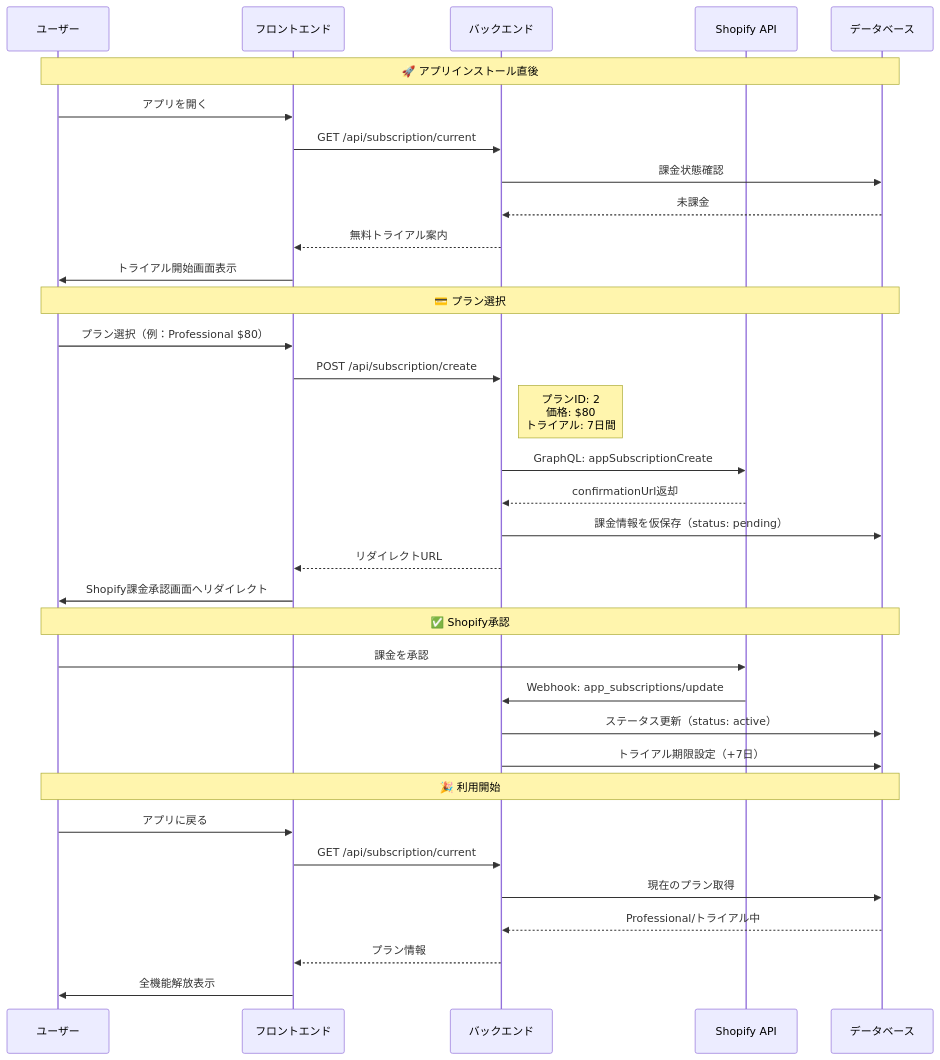
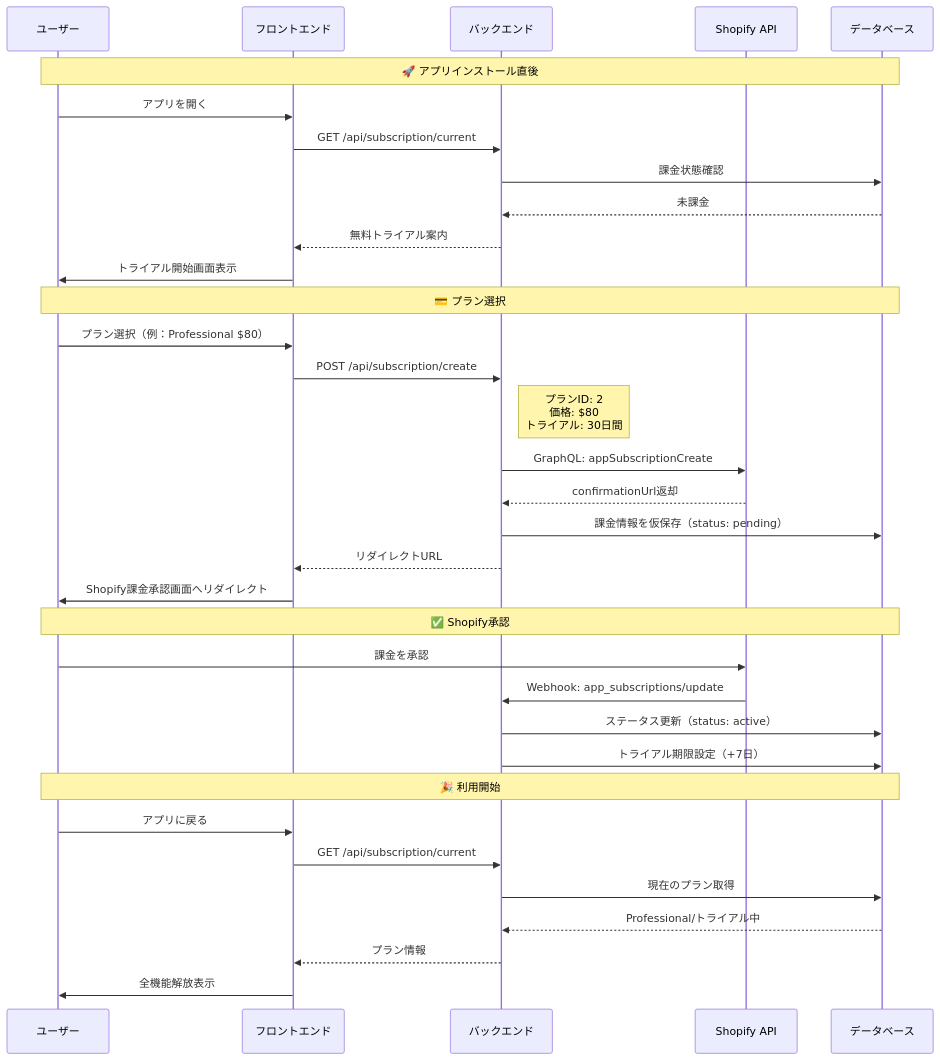
One commit to sideworks-fuk/shopify-ai-marketing-suite changed the second of 10 diagrams in docs/06-shopify/02-課金システム/02-技術仕様/フロー図解.md. Above: the diagram before and after it, drawn with Mermaid. The commit also changed 85 other files, not shown here.

````diff
--- a/docs/06-shopify/02-課金システム/02-技術仕様/フロー図解.md
+++ b/docs/06-shopify/02-課金システム/02-技術仕様/フロー図解.md
@@ -48,45 +48,45 @@
 ```mermaid
 sequenceDiagram
     participant U as ユーザー
     participant F as フロントエンド
     participant B as バックエンド
     participant S as Shopify API
     participant D as データベース
     
     Note over U,D: 🚀 アプリインストール直後
     
     U->>F: アプリを開く
     F->>B: GET /api/subscription/current
     B->>D: 課金状態確認
     D-->>B: 未課金
     B-->>F: 無料トライアル案内
     F->>U: トライアル開始画面表示
     
     Note over U,D: 💳 プラン選択
     
     U->>F: プラン選択（例：Professional $80）
     F->>B: POST /api/subscription/create
-    Note right of B: プランID: 2<br/>価格: $80<br/>トライアル: 7日間
+    Note right of B: プランID: 2<br/>価格: $80<br/>トライアル: 30日間
     
     B->>S: GraphQL: appSubscriptionCreate
     S-->>B: confirmationUrl返却
     B->>D: 課金情報を仮保存（status: pending）
     B-->>F: リダイレクトURL
     F->>U: Shopify課金承認画面へリダイレクト
     
     Note over U,D: ✅ Shopify承認
     
     U->>S: 課金を承認
     S->>B: Webhook: app_subscriptions/update
     B->>D: ステータス更新（status: active）
     B->>D: トライアル期限設定（+7日）
     
     Note over U,D: 🎉 利用開始
     
     U->>F: アプリに戻る
     F->>B: GET /api/subscription/current
     B->>D: 現在のプラン取得
     D-->>B: Professional/トライアル中
     B-->>F: プラン情報
     F->>U: 全機能解放表示
 ```
````
